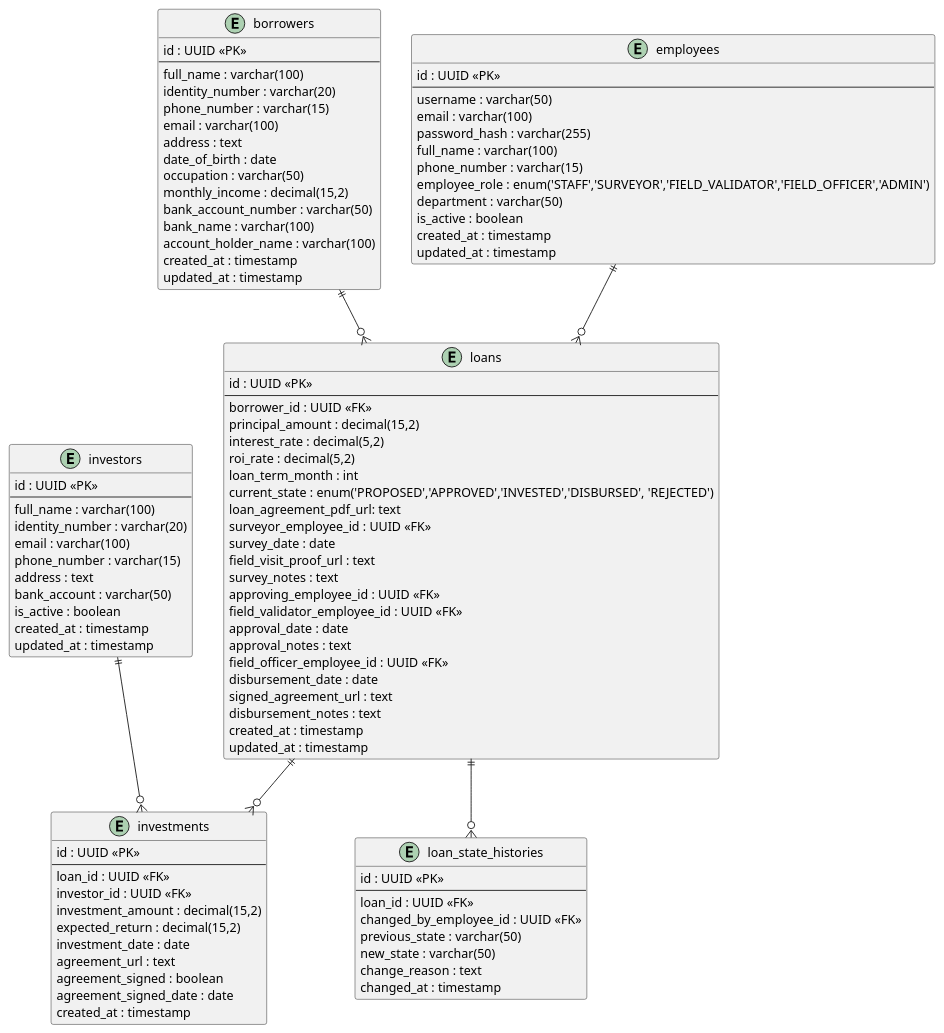
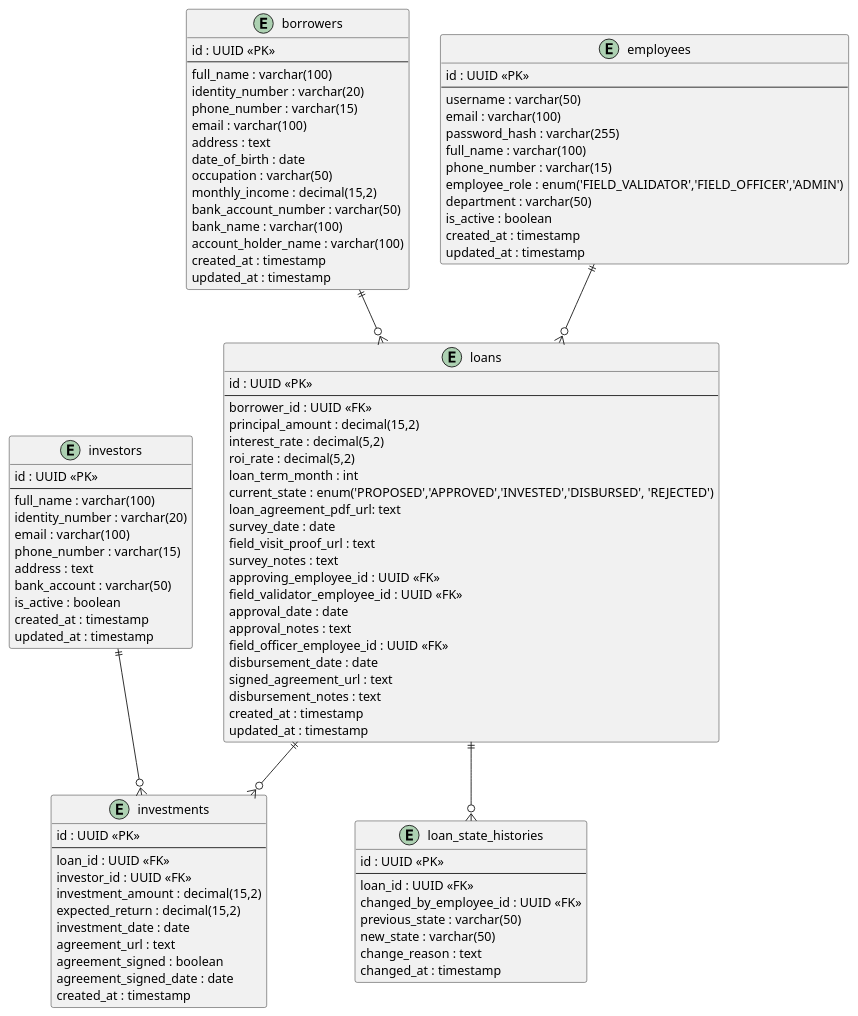
The diagram in doc/diagram/erd.plantuml (fajarAnd/loan-engine), drawn with PlantUML before and after one commit. The commit also changed 5 other files, not shown here.

```diff
--- a/doc/diagram/erd.plantuml
+++ b/doc/diagram/erd.plantuml
@@ -1,107 +1,106 @@
 @startuml loan_engine_simplified_erd
 
 entity "borrowers" as borrower {
   id : UUID <<PK>>
   --
   full_name : varchar(100)
   identity_number : varchar(20)
   phone_number : varchar(15)
   email : varchar(100)
   address : text
   date_of_birth : date
   occupation : varchar(50)
   monthly_income : decimal(15,2)
   bank_account_number : varchar(50)
   bank_name : varchar(100)
   account_holder_name : varchar(100)
   created_at : timestamp
   updated_at : timestamp
 }
 
 entity "loans" as loan {
   id : UUID <<PK>>
   --
   borrower_id : UUID <<FK>>
   principal_amount : decimal(15,2)
   interest_rate : decimal(5,2)
   roi_rate : decimal(5,2)
   loan_term_month : int
   current_state : enum('PROPOSED','APPROVED','INVESTED','DISBURSED', 'REJECTED')
   loan_agreement_pdf_url: text
-  surveyor_employee_id : UUID <<FK>>
   survey_date : date
   field_visit_proof_url : text
   survey_notes : text
   approving_employee_id : UUID <<FK>>
   field_validator_employee_id : UUID <<FK>>
   approval_date : date
   approval_notes : text
   field_officer_employee_id : UUID <<FK>>
   disbursement_date : date
   signed_agreement_url : text
   disbursement_notes : text
   created_at : timestamp
   updated_at : timestamp
 }
 
 entity "investments" as investment {
   id : UUID <<PK>>
   --
   loan_id : UUID <<FK>>
   investor_id : UUID <<FK>>
   investment_amount : decimal(15,2)
   expected_return : decimal(15,2)
   investment_date : date
   agreement_url : text
   agreement_signed : boolean
   agreement_signed_date : date
   created_at : timestamp
 }
 
 entity "employees" as employee {
   id : UUID <<PK>>
   --
   username : varchar(50)
   email : varchar(100)
   password_hash : varchar(255)
   full_name : varchar(100)
   phone_number : varchar(15)
-  employee_role : enum('STAFF','SURVEYOR','FIELD_VALIDATOR','FIELD_OFFICER','ADMIN')
+  employee_role : enum('FIELD_VALIDATOR','FIELD_OFFICER','ADMIN')
   department : varchar(50)
   is_active : boolean
   created_at : timestamp
   updated_at : timestamp
 }
 
 entity "investors" as investor {
   id : UUID <<PK>>
   --
   full_name : varchar(100)
   identity_number : varchar(20)
   email : varchar(100)
   phone_number : varchar(15)
   address : text
   bank_account : varchar(50)
   is_active : boolean
   created_at : timestamp
   updated_at : timestamp
 }
 
 entity "loan_state_histories" as state_history {
   id : UUID <<PK>>
   --
   loan_id : UUID <<FK>>
   changed_by_employee_id : UUID <<FK>>
   previous_state : varchar(50)
   new_state : varchar(50)
   change_reason : text
   changed_at : timestamp
 }
 
 borrower ||--o{ loan
 loan ||--o{ investment
 loan ||--o{ state_history
 employee ||--o{ loan
 investor ||--o{ investment
 
 @enduml
```
